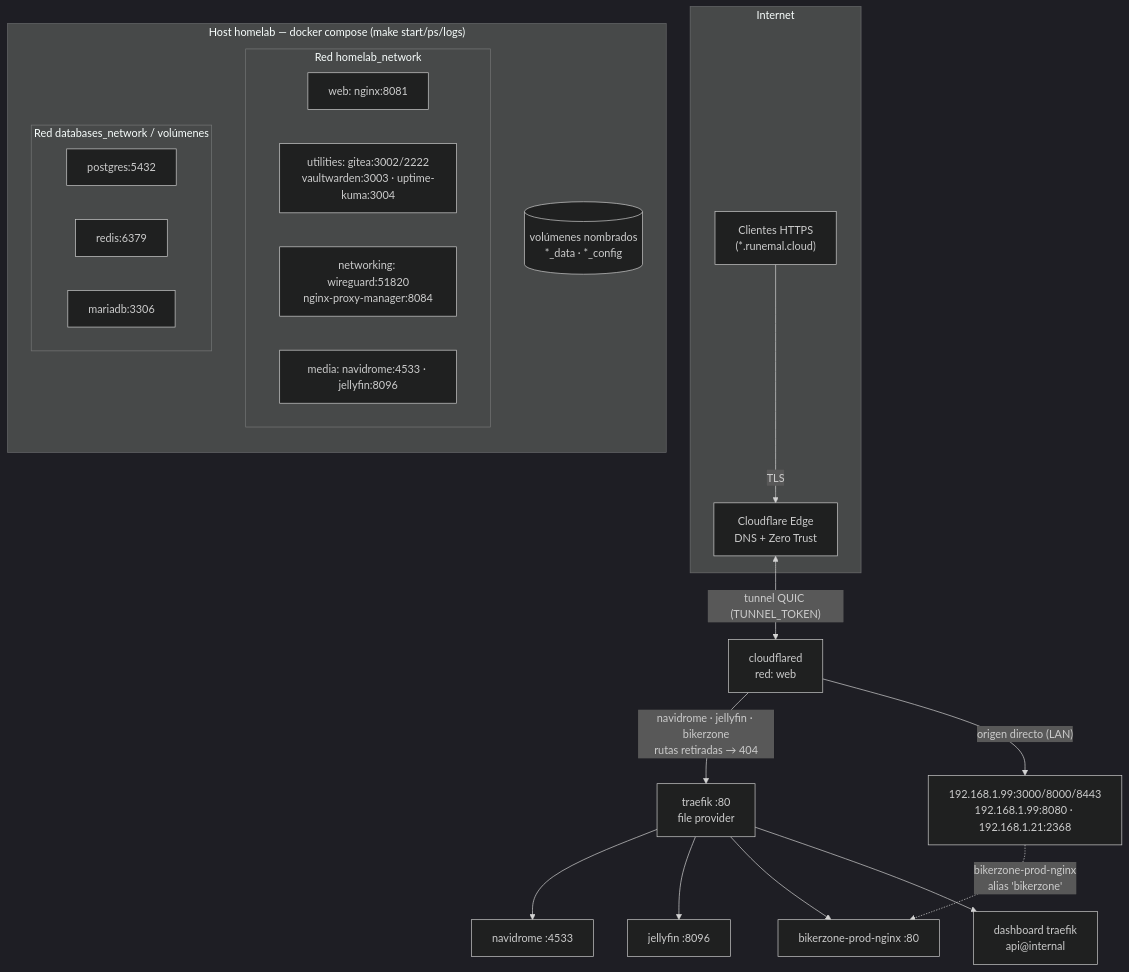
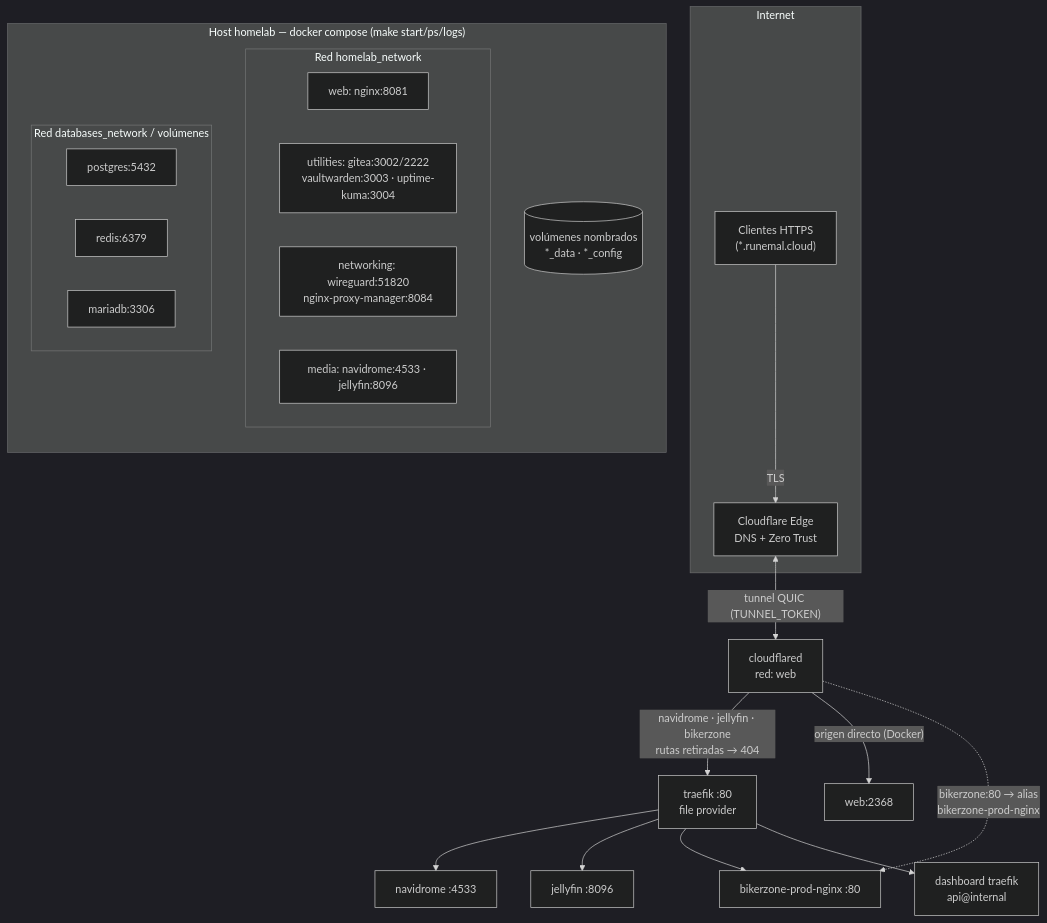
One commit to runemalops/docker_homelab changed the first of 2 diagrams in docs/architecture.md. Above: the diagram before and after it, drawn with Mermaid (dark theme). The commit also changed other lines of this file and 1 other file, not shown here.

Commit message:
Remove internal LAN IPs from docs and retire git/ci/bookheaven from published surface

````diff
--- a/docs/architecture.md
+++ b/docs/architecture.md
@@ -9,37 +9,37 @@
 ```mermaid
 flowchart TB
     subgraph INET["Internet"]
         USER["Clientes HTTPS<br/>(*.runemal.cloud)"]
         CF["Cloudflare Edge<br/>DNS + Zero Trust"]
     end
 
     USER -->|TLS| CF
     CF <-->|"tunnel QUIC (TUNNEL_TOKEN)"| CFD["cloudflared<br/>red: web"]
 
     CFD -->|"navidrome · jellyfin · bikerzone<br/>rutas retiradas → 404"| TR["traefik :80<br/>file provider"]
-    CFD -->|"origen directo (LAN)"| LAN["192.168.1.99:3000/8000/8443<br/>192.168.1.99:8080 · 192.168.1.21:2368"]
-    LAN -. "bikerzone-prod-nginx<br/>alias 'bikerzone'" .-> BFZ
+    CFD -->|"origen directo (Docker)"| DOCK["web:2368"]
+    CFD -. "bikerzone:80 → alias<br/>bikerzone-prod-nginx" .-> BFZ
 
     TR --> NAV["navidrome :4533"]
     TR --> JEL["jellyfin :8096"]
     TR --> BFZ["bikerzone-prod-nginx :80"]
     TR --> DASH["dashboard traefik<br/>api@internal"]
 
     subgraph HOST["Host homelab — docker compose (make start/ps/logs)"]
         direction TB
 
         subgraph NETW["Red homelab_network"]
             direction LR
             WEB["web: nginx:8081"]
             UTIL["utilities: gitea:3002/2222<br/>vaultwarden:3003 · uptime-kuma:3004"]
             NETG["networking: wireguard:51820<br/>nginx-proxy-manager:8084"]
             MEDIA2["media: navidrome:4533 · jellyfin:8096"]
         end
 
         subgraph DATA["Red databases_network / volúmenes"]
             PG["postgres:5432"] & RD["redis:6379"] & MA["mariadb:3306"]
         end
 
         VOL[("volúmenes nombrados<br/>*_data · *_config")]
     end
 ```
````
